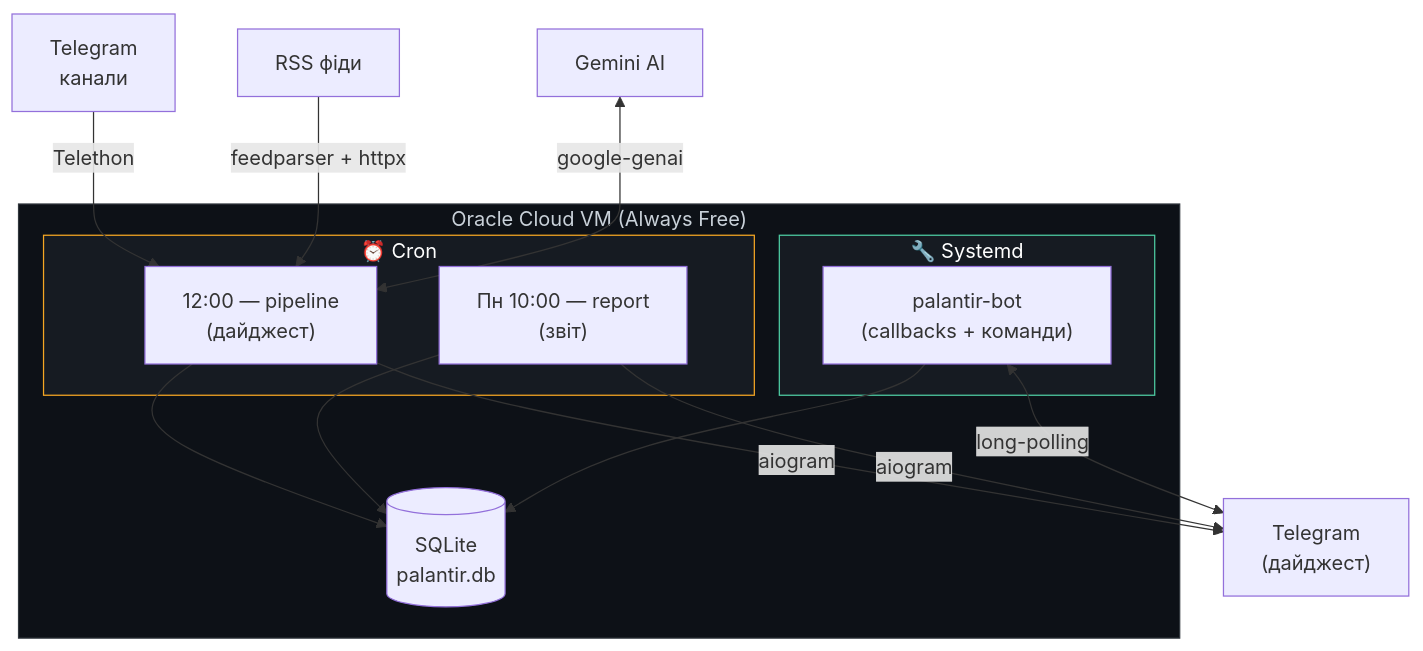
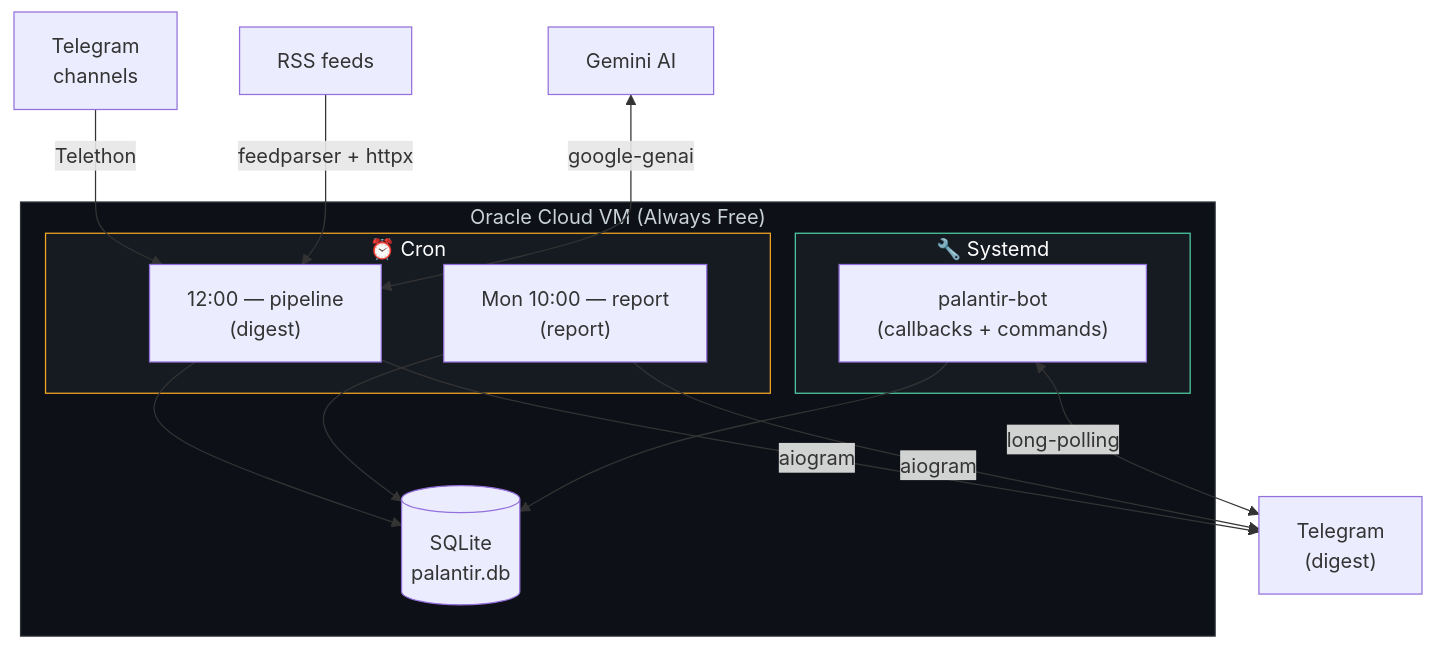
The second of 2 diagrams in README.md (Aranaur/palantir), drawn with Mermaid before and after one commit. The commit also changed other lines of this file, not shown here.

````diff
--- a/README.md
+++ b/README.md
@@ -79,31 +79,31 @@
 ```mermaid
 flowchart TB
     subgraph VM["Oracle Cloud VM (Always Free)"]
         subgraph Cron["⏰ Cron"]
-            C1["12:00 — pipeline\n(дайджест)"]
-            C2["Пн 10:00 — report\n(звіт)"]
+            C1["12:00 — pipeline\n(digest)"]
+            C2["Mon 10:00 — report\n(report)"]
         end
 
         subgraph Services["🔧 Systemd"]
-            BOT["palantir-bot\n(callbacks + команди)"]
+            BOT["palantir-bot\n(callbacks + commands)"]
         end
 
         DB[(SQLite\npalantir.db)]
     end
 
-    TG_IN["Telegram\nканали"] -->|Telethon| C1
-    RSS_IN["RSS фіди"] -->|"feedparser + httpx"| C1
+    TG_IN["Telegram\nchannels"] -->|Telethon| C1
+    RSS_IN["RSS feeds"] -->|"feedparser + httpx"| C1
     GEMINI["Gemini AI"] <-->|google-genai| C1
 
-    C1 -->|aiogram| TG_OUT["Telegram\n(дайджест)"]
+    C1 -->|aiogram| TG_OUT["Telegram\n(digest)"]
     C2 -->|aiogram| TG_OUT
     BOT <-->|long-polling| TG_OUT
 
     C1 --> DB
     C2 --> DB
     BOT --> DB
 
     style VM fill:#0d1117,stroke:#30363d,color:#c9d1d9
     style Cron fill:#161b22,stroke:#f5a623,color:#fff
     style Services fill:#161b22,stroke:#4ecca3,color:#fff
 ```
````
